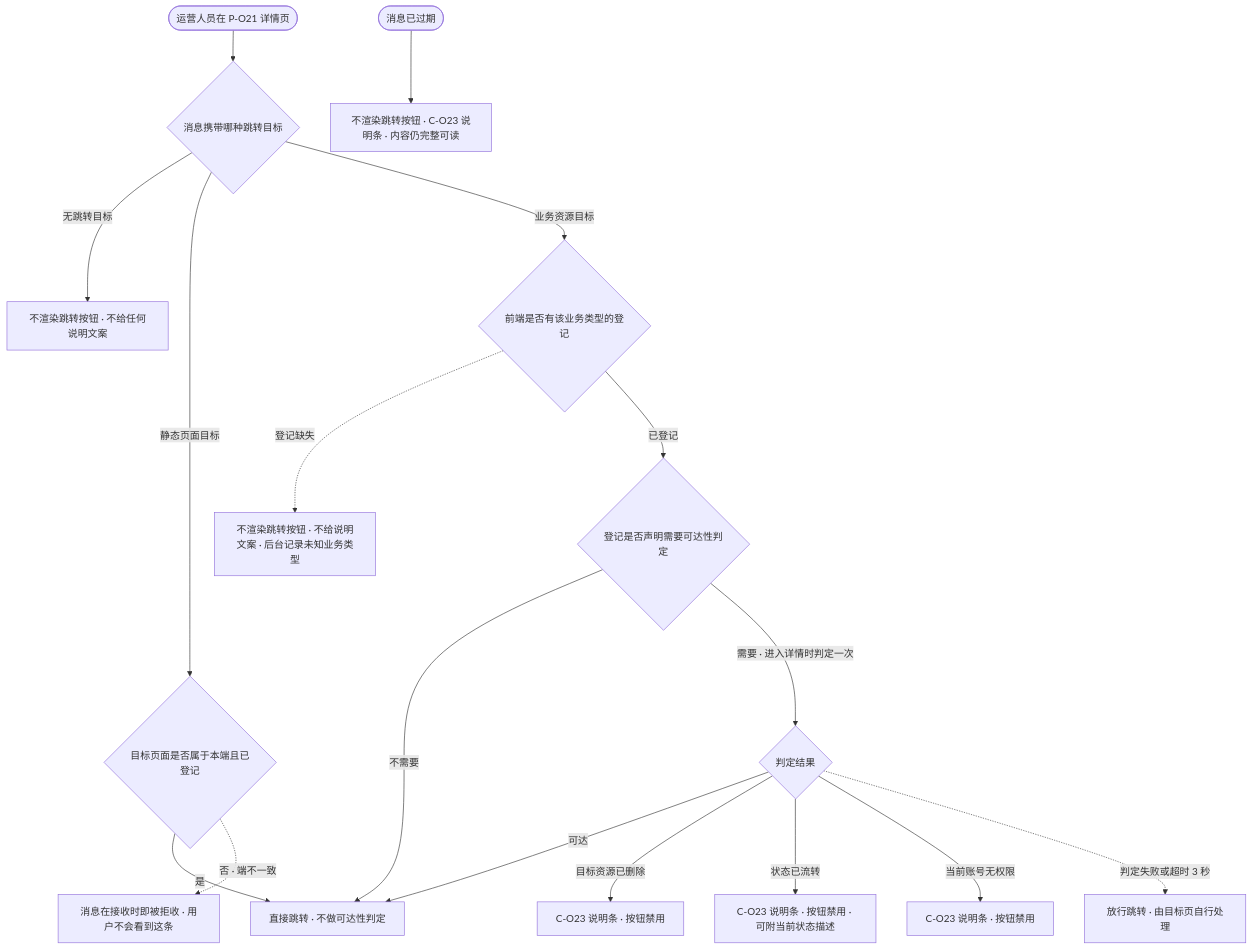
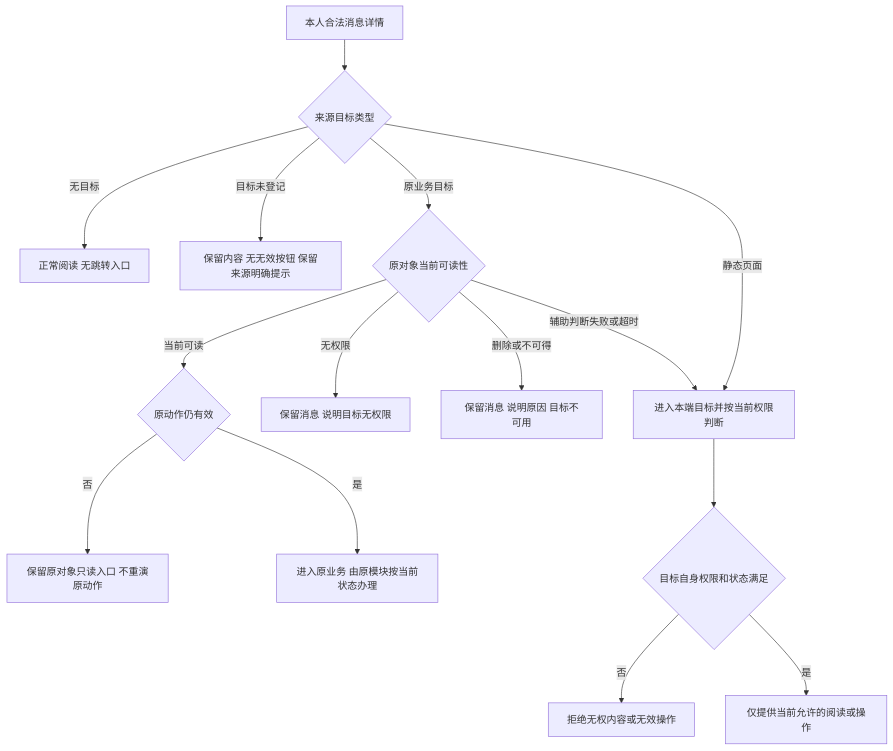
The third of 7 diagrams in lending-platform/PRD/v1.0-运营端消息通知/v1.0-运营端消息通知-流程图与状态机.md (wxblockchain/Chain-Financing), drawn with Mermaid before and after one commit. The commit also changed other lines of this file and 3 other files, not shown here.

````diff
--- a/lending-platform/PRD/v1.0-运营端消息通知/v1.0-运营端消息通知-流程图与状态机.md
+++ b/lending-platform/PRD/v1.0-运营端消息通知/v1.0-运营端消息通知-流程图与状态机.md
@@ -97,25 +69,17 @@
 ```mermaid
 flowchart TD
-    A([运营人员在 P-O21 详情页]) --> B{消息携带哪种跳转目标}
-
-    B -->|无跳转目标| N1[不渲染跳转按钮 · 不给任何说明文案]
-    B -->|静态页面目标| S1{目标页面是否属于本端且已登记}
-    B -->|业务资源目标| R1{前端是否有该业务类型的登记}
-
-    S1 -->|是| S2[直接跳转 · 不做可达性判定]
-    S1 -.->|否 · 端不一致| S3[消息在接收时即被拒收 · 用户不会看到这条]
-
-    R1 -.->|登记缺失| N2[不渲染跳转按钮 · 不给说明文案 · 后台记录未知业务类型]
-    R1 -->|已登记| P1{登记是否声明需要可达性判定}
-
-    P1 -->|不需要| S2
-    P1 -->|需要 · 进入详情时判定一次| P2{判定结果}
-
-    P2 -->|可达| S2
-    P2 -->|目标资源已删除| D2[C-O23 说明条 · 按钮禁用]
-    P2 -->|状态已流转| D3[C-O23 说明条 · 按钮禁用 · 可附当前状态描述]
-    P2 -->|当前账号无权限| D4[C-O23 说明条 · 按钮禁用]
-    P2 -.->|判定失败或超时 3 秒| P3[放行跳转 · 由目标页自行处理]
-
-    E([消息已过期]) --> E1[不渲染跳转按钮 · C-O23 说明条 · 内容仍完整可读]
+    A[本人合法消息详情] --> B{来源目标类型}
+    B -->|无目标| C[正常阅读 无跳转入口]
+    B -->|目标未登记| D[保留内容 无无效按钮 保留来源明确提示]
+    B -->|静态页面| E[进入本端目标并按当前权限判断]
+    B -->|原业务目标| F{原对象当前可读性}
+    F -->|无权限| G[保留消息 说明目标无权限]
+    F -->|删除或不可得| H[保留消息 说明原因 目标不可用]
+    F -->|辅助判断失败或超时| E
+    F -->|当前可读| I{原动作仍有效}
+    I -->|否| J[保留原对象只读入口 不重演原动作]
+    I -->|是| K[进入原业务 由原模块按当前状态办理]
+    E --> L{目标自身权限和状态满足}
+    L -->|否| M[拒绝无权内容或无效操作]
+    L -->|是| N[仅提供当前允许的阅读或操作]
 ```
````
